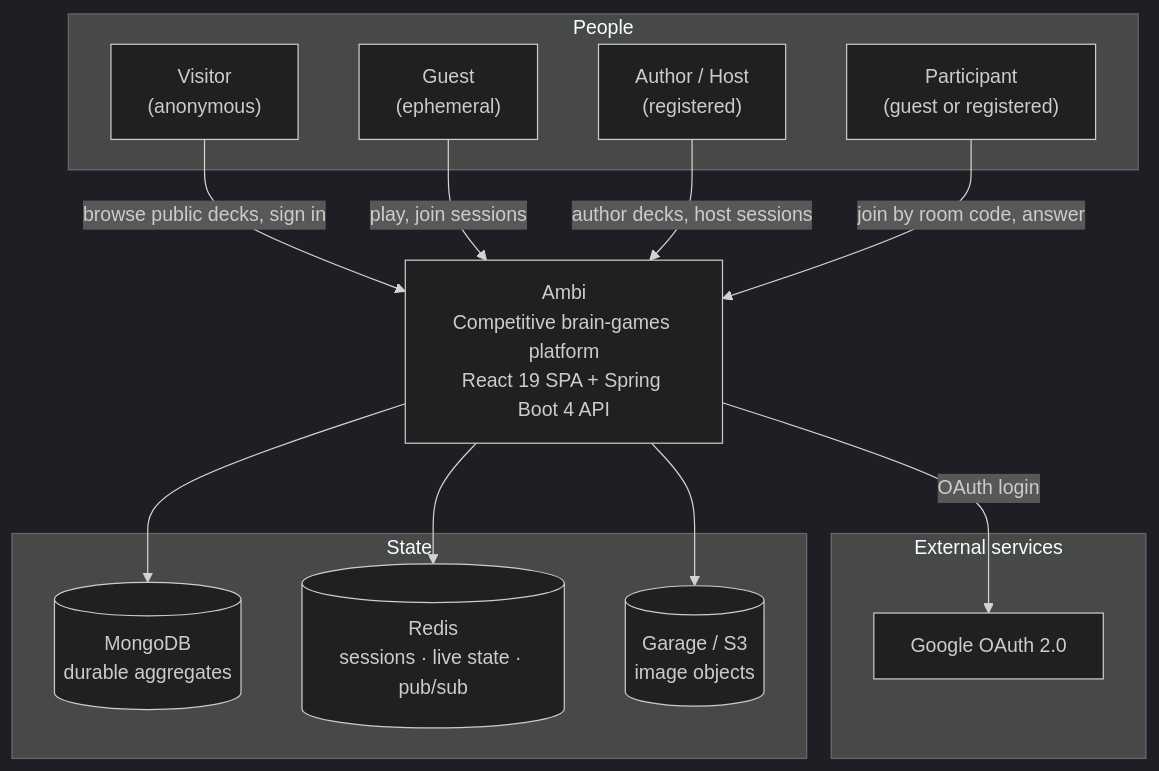
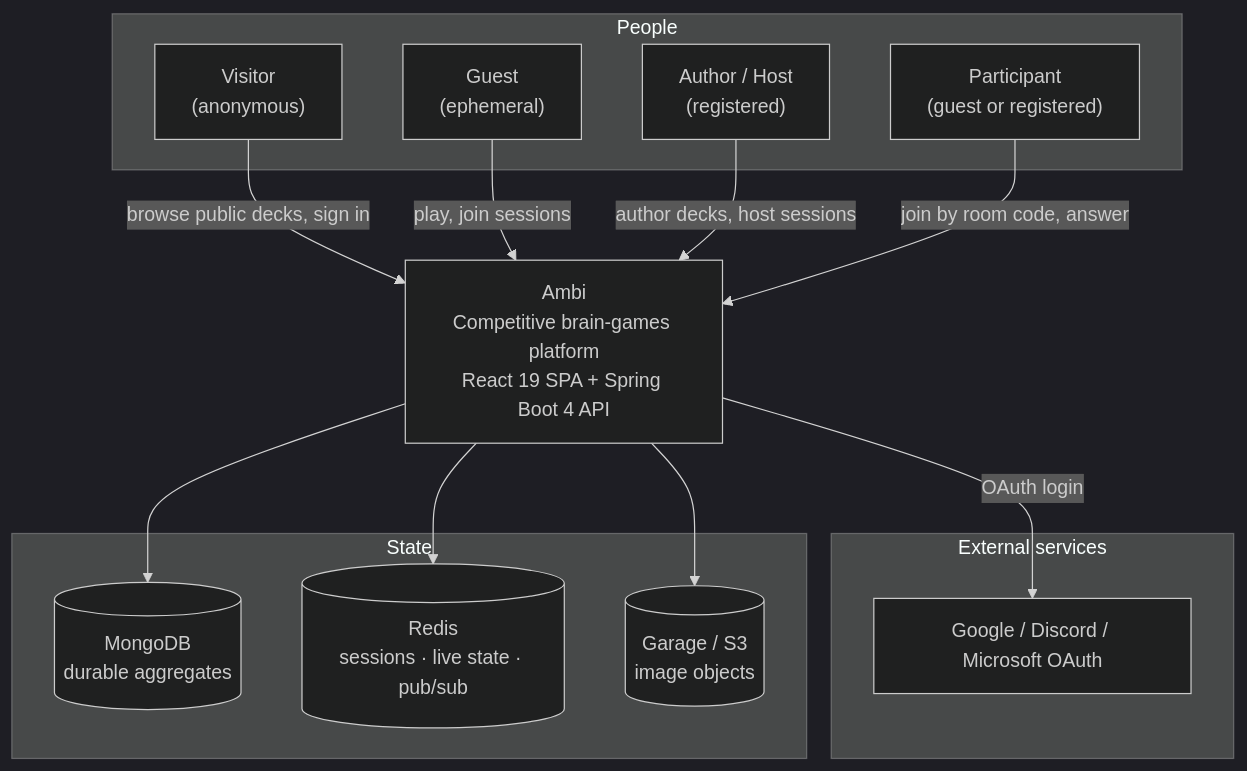
The first of 4 diagrams in z-docs/diagrams/system-overview.md (Saganaut/ambi), drawn with Mermaid (dark theme) before and after one commit. The commit also changed other lines of this file and 18 other files, not shown here.

First line of the commit message:
feat(auth): integrate Discord and Microsoft OAuth providers

````diff
--- a/z-docs/diagrams/system-overview.md
+++ b/z-docs/diagrams/system-overview.md
@@ -12,31 +12,31 @@
 ```mermaid
 flowchart TB
     subgraph actors["People"]
         VIS["Visitor<br/>(anonymous)"]
         GUEST["Guest<br/>(ephemeral)"]
         HOST["Author / Host<br/>(registered)"]
         PART["Participant<br/>(guest or registered)"]
     end
 
     AMBI["Ambi<br/>Competitive brain-games platform<br/>React 19 SPA + Spring Boot 4 API"]
 
     subgraph ext["External services"]
-        GOOG["Google OAuth 2.0"]
+        IDP["Google / Discord / Microsoft OAuth"]
     end
 
     subgraph stores["State"]
         MONGO[("MongoDB<br/>durable aggregates")]
         REDIS[("Redis<br/>sessions · live state · pub/sub")]
         S3[("Garage / S3<br/>image objects")]
     end
 
     VIS -->|browse public decks, sign in| AMBI
     GUEST -->|play, join sessions| AMBI
     HOST -->|author decks, host sessions| AMBI
     PART -->|join by room code, answer| AMBI
 
-    AMBI -->|OAuth login| GOOG
+    AMBI -->|OAuth login| IDP
     AMBI --> MONGO
     AMBI --> REDIS
     AMBI --> S3
 ```
````
